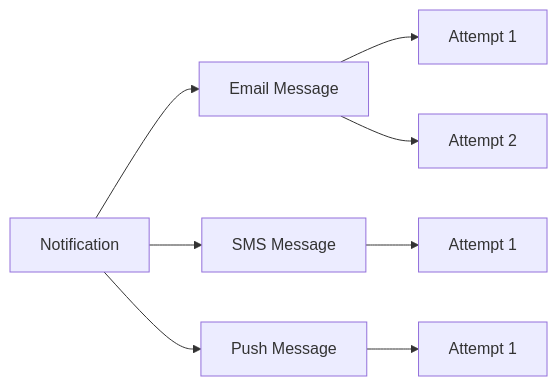
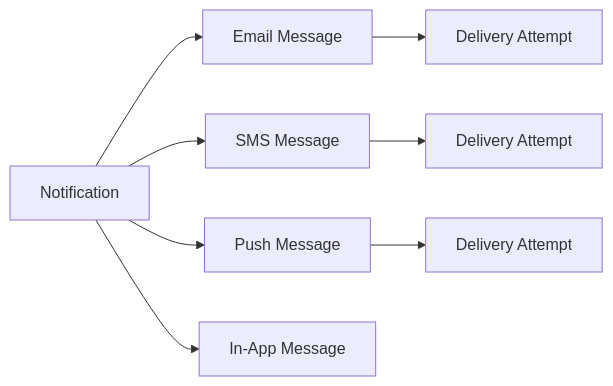
Before and after one commit to AvadhBhalodiya/Interview-Preparation: the first of 10 diagrams in src/content/system-design/notification-system.md, drawn with Mermaid. The commit also changed other lines of this file and 54 other files, not shown here.

````diff
--- a/src/content/system-design/notification-system.md
+++ b/src/content/system-design/notification-system.md
@@ -110,12 +65,11 @@
 ```mermaid
 flowchart LR
     N[Notification] --> E[Email Message]
     N --> S[SMS Message]
     N --> P[Push Message]
+    N --> I[In-App Message]
 
-    E --> E1[Attempt 1]
-    E --> E2[Attempt 2]
-
-    S --> S1[Attempt 1]
-    P --> P1[Attempt 1]
+    E --> E1[Delivery Attempt]
+    S --> S1[Delivery Attempt]
+    P --> P1[Delivery Attempt]
 ```
````
